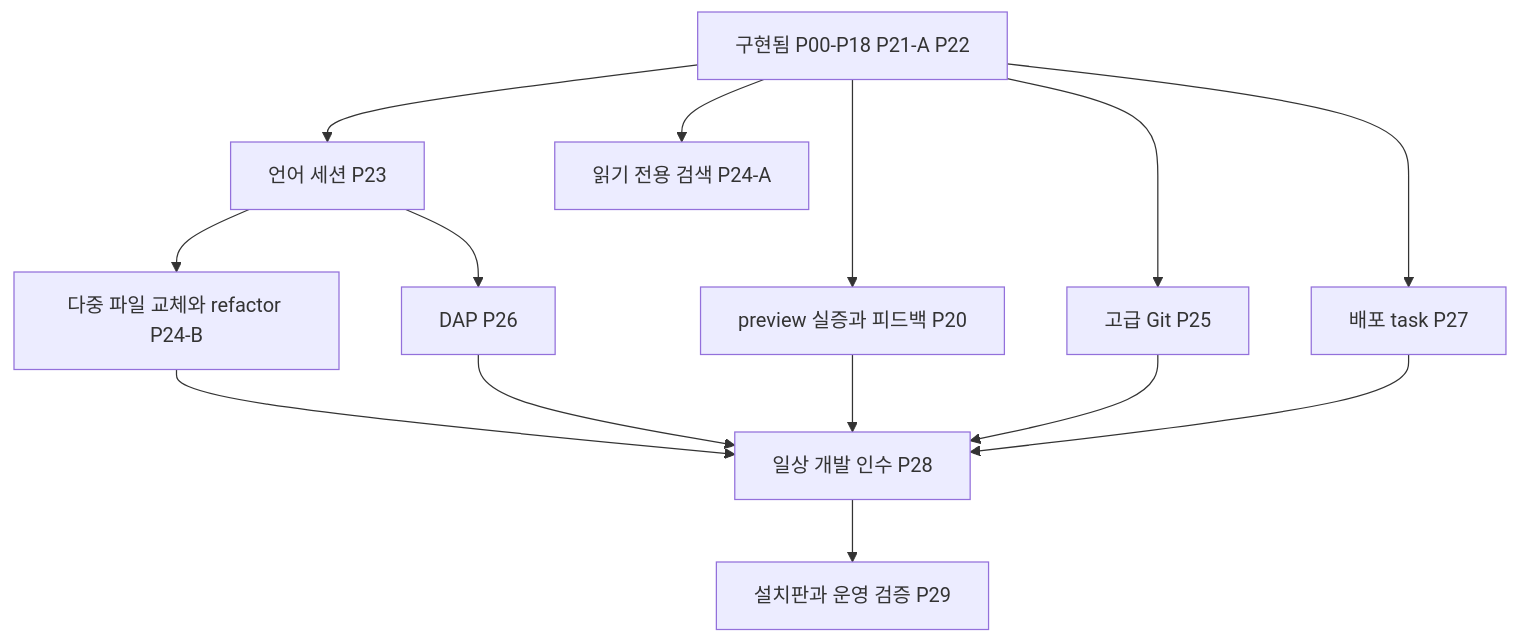
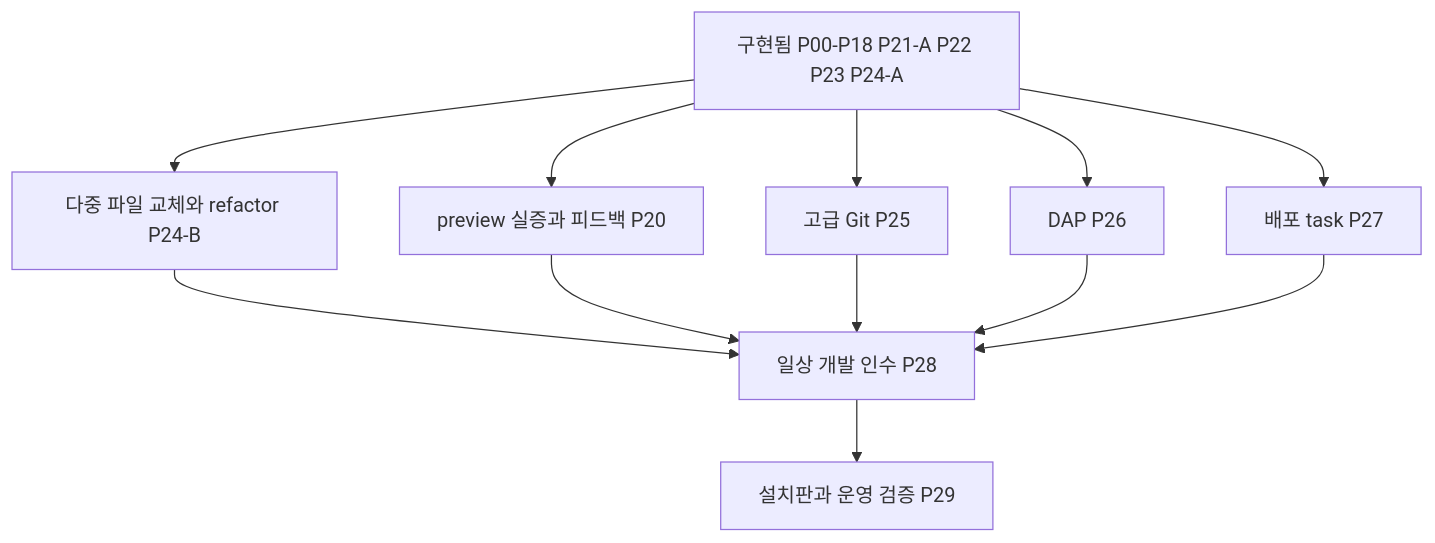
The diagram in docs/plans/workbench-development-implementation-plan-2026-10-21.md (fromiron/corral), drawn with Mermaid before and after one commit. The commit also changed other lines of this file and 22 other files, not shown here.

````diff
--- a/docs/plans/workbench-development-implementation-plan-2026-10-21.md
+++ b/docs/plans/workbench-development-implementation-plan-2026-10-21.md
@@ -197,16 +199,14 @@
 ```mermaid
 flowchart TD
-  DONE[구현됨 P00-P18 P21-A P22] --> LANG[언어 세션 P23]
-  DONE --> SEARCH[읽기 전용 검색 P24-A]
+  DONE[구현됨 P00-P18 P21-A P22 P23 P24-A] --> EDIT[다중 파일 교체와 refactor P24-B]
   DONE --> PREVIEW[preview 실증과 피드백 P20]
-  LANG --> EDIT[다중 파일 교체와 refactor P24-B]
   DONE --> GIT[고급 Git P25]
-  LANG --> DEBUG[DAP P26]
+  DONE --> DEBUG[DAP P26]
   DONE --> DEPLOY[배포 task P27]
   EDIT --> G4[일상 개발 인수 P28]
   PREVIEW --> G4
   GIT --> G4
   DEBUG --> G4
   DEPLOY --> G4
   G4 --> G5[설치판과 운영 검증 P29]
 ```
````
